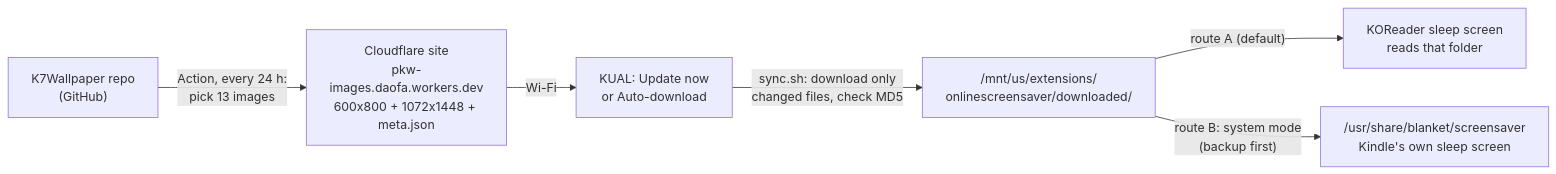
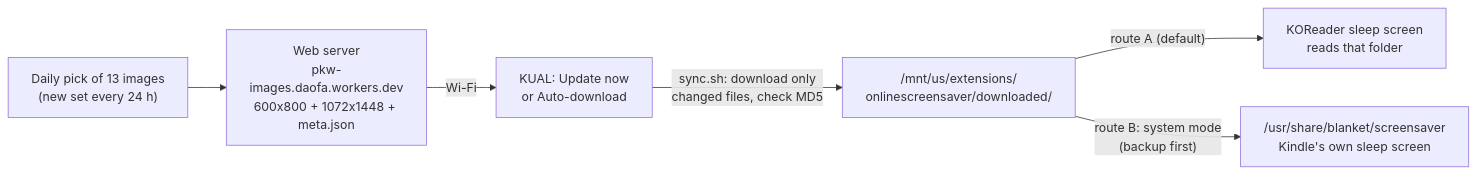
One commit to GalaxyGroot/konline_screensaver changed the diagram in README.md. Above: the diagram before and after it, drawn with Mermaid. The commit also changed other lines of this file, not shown here.

````diff
--- a/README.md
+++ b/README.md
@@ -13,8 +13,8 @@
 ```mermaid
 flowchart LR
-    A["K7Wallpaper repo<br/>(GitHub)"] -- "Action, every 24 h:<br/>pick 13 images" --> B["Cloudflare site<br/>pkw-images.daofa.workers.dev<br/>600x800 + 1072x1448 + meta.json"]
+    A["Daily pick of 13 images<br/>(new set every 24 h)"] --> B["Web server<br/>pkw-images.daofa.workers.dev<br/>600x800 + 1072x1448 + meta.json"]
     B -- "Wi-Fi" --> C["KUAL: Update now<br/>or Auto-download"]
     C -- "sync.sh: download only<br/>changed files, check MD5" --> D["/mnt/us/extensions/<br/>onlinescreensaver/downloaded/"]
     D -- "route A (default)" --> E["KOReader sleep screen<br/>reads that folder"]
     D -- "route B: system mode<br/>(backup first)" --> F["/usr/share/blanket/screensaver<br/>Kindle's own sleep screen"]
 ```
````
